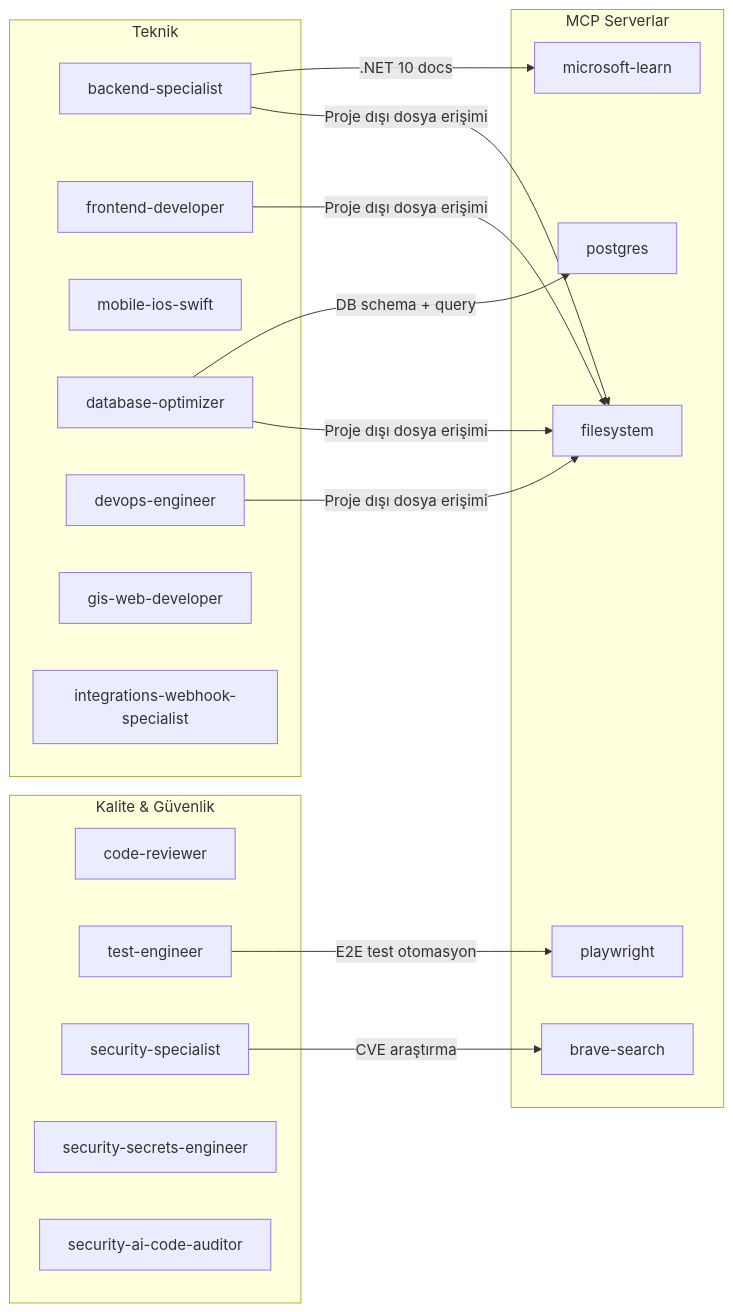
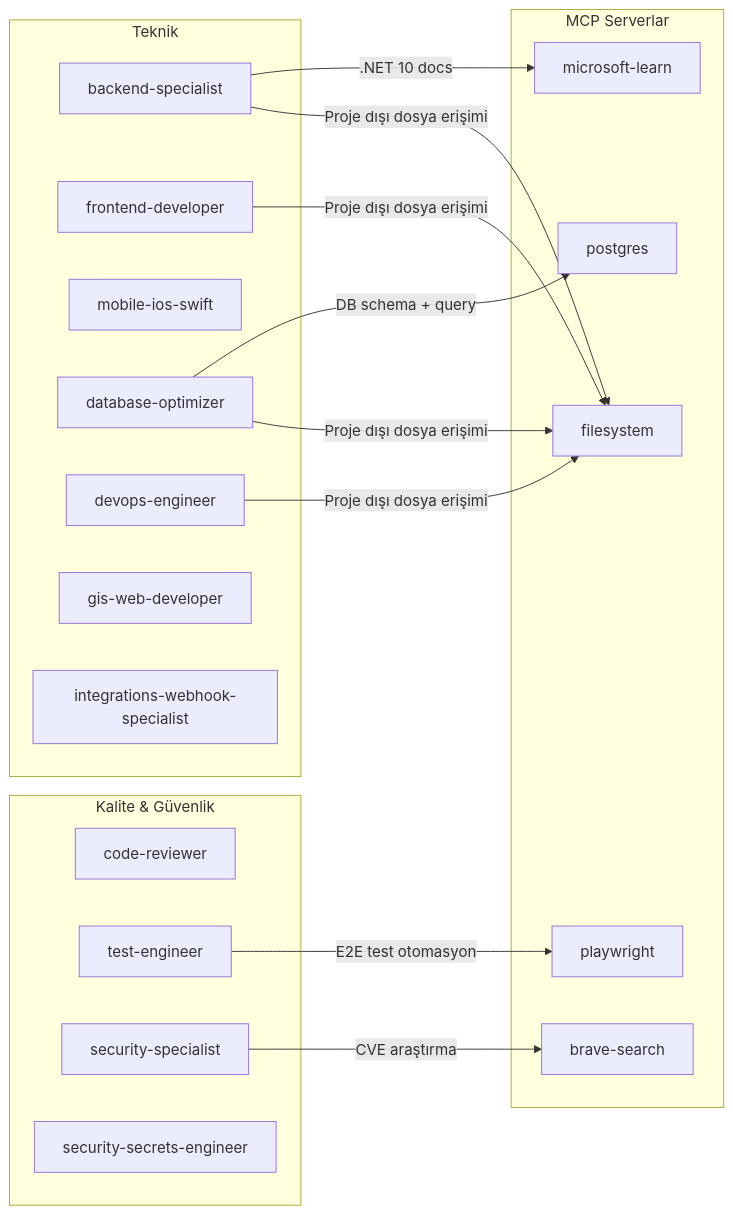
One commit to GktuOktay/claude-agency changed the second of 5 diagrams in docs/core/flow-diagram.md. Above: the diagram before and after it, drawn with Mermaid. The commit also changed other lines of this file and 2 other files, not shown here.

Commit message:
docs: refresh flow diagram, architecture and agency map for new skill/rules structure

````diff
--- a/docs/core/flow-diagram.md
+++ b/docs/core/flow-diagram.md
@@ -216,34 +183,33 @@
 ```mermaid
 graph LR
     subgraph TECH["Teknik"]
         AT1[backend-specialist]
         AT2[frontend-developer]
         AT3[mobile-ios-swift]
         AT4[database-optimizer]
         AT5[devops-engineer]
         AT6[gis-web-developer]
         AT7[integrations-webhook-specialist]
     end
 
     subgraph QS["Kalite & Güvenlik"]
         AQ1[code-reviewer]
         AQ2[test-engineer]
         AQ5[security-specialist]
         AQ6[security-secrets-engineer]
-        AQ8[security-ai-code-auditor]
     end
 
     subgraph MCP2["MCP Serverlar"]
         MC1[microsoft-learn]
         MC2[playwright]
         MC3[postgres]
         MC4[filesystem]
         MC5[brave-search]
     end
 
     AT1 -->|.NET 10 docs| MC1
     AT4 -->|DB schema + query| MC3
     AQ2 -->|E2E test otomasyon| MC2
     AQ5 -->|CVE araştırma| MC5
     AT1 & AT2 & AT4 & AT5 -->|Proje dışı dosya erişimi| MC4
 ```
````
